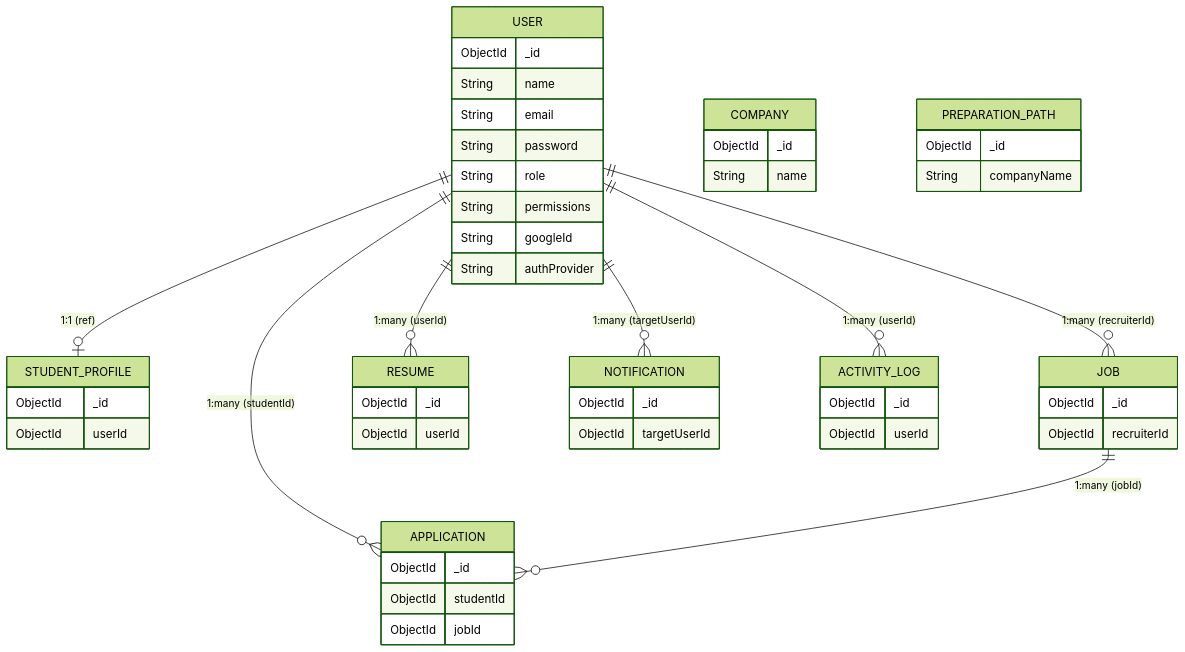
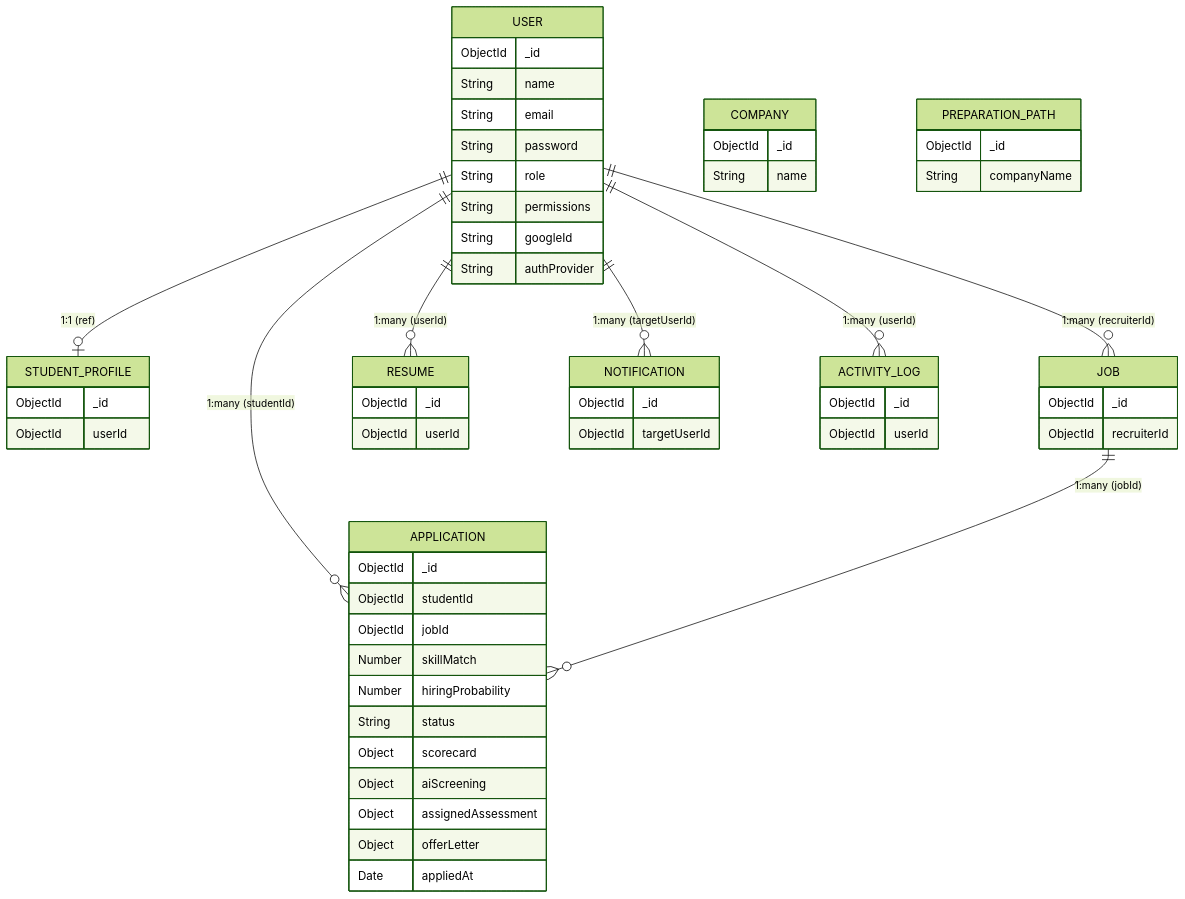
The second of 3 diagrams in docs/architecture.md (Suraj09871/HirePreparation-Team), drawn with Mermaid (forest theme) before and after one commit. The commit also changed other lines of this file and 12 other files, not shown here.

Commit message:
feat(recruiter): add structured scorecards, AI screening, coding challenge dispatcher, offer letters, hiring funnel analytics, and updated team documentation

````diff
--- a/docs/architecture.md
+++ b/docs/architecture.md
@@ -56,54 +56,62 @@
 ```mermaid
 erDiagram
     USER {
         ObjectId _id
         String name
         String email
         String password
         String role
         String permissions
         String googleId
         String authProvider
     }
     STUDENT_PROFILE {
         ObjectId _id
         ObjectId userId
     }
     JOB {
         ObjectId _id
         ObjectId recruiterId
     }
     APPLICATION {
         ObjectId _id
         ObjectId studentId
         ObjectId jobId
+        Number skillMatch
+        Number hiringProbability
+        String status
+        Object scorecard
+        Object aiScreening
+        Object assignedAssessment
+        Object offerLetter
+        Date appliedAt
     }
     RESUME {
         ObjectId _id
         ObjectId userId
     }
     NOTIFICATION {
         ObjectId _id
         ObjectId targetUserId
     }
     ACTIVITY_LOG {
         ObjectId _id
         ObjectId userId
     }
     COMPANY {
         ObjectId _id
         String name
     }
     PREPARATION_PATH {
         ObjectId _id
         String companyName
     }
 
     USER ||--o| STUDENT_PROFILE : "1:1 (ref)"
     USER ||--o{ JOB : "1:many (recruiterId)"
     USER ||--o{ APPLICATION : "1:many (studentId)"
     USER ||--o{ RESUME : "1:many (userId)"
     USER ||--o{ NOTIFICATION : "1:many (targetUserId)"
     USER ||--o{ ACTIVITY_LOG : "1:many (userId)"
     JOB ||--o{ APPLICATION : "1:many (jobId)"
 ```
````
